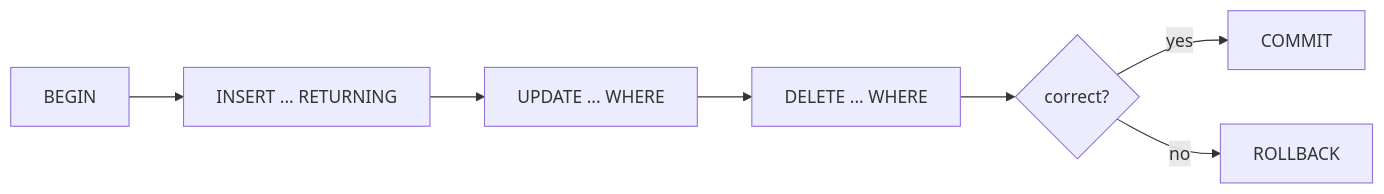
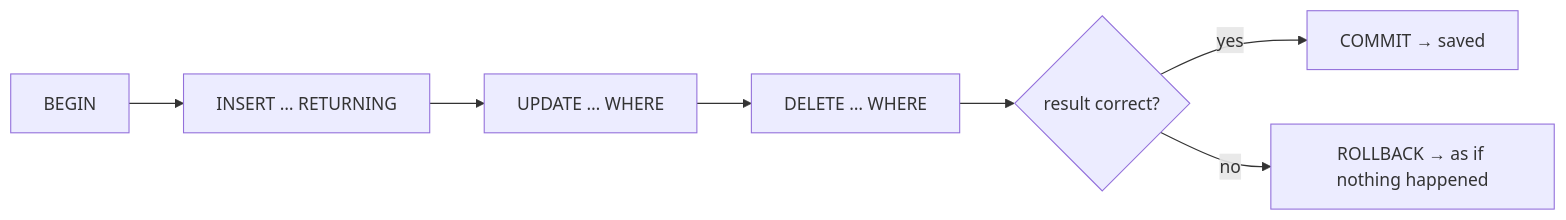
One commit to wesamkhateeb98-creator/postgresql-zero-to-hero changed the first of 2 diagrams in Doc/02-sql-basics/02-crud.md. Above: the diagram before and after it, drawn with Mermaid. The commit also changed other lines of this file and 29 other files, not shown here.

````diff
--- a/Doc/02-sql-basics/02-crud.md
+++ b/Doc/02-sql-basics/02-crud.md
@@ -5,6 +5,6 @@
 ```mermaid
 flowchart LR
-    B["BEGIN"] --> I["INSERT ... RETURNING"] --> U["UPDATE ... WHERE"] --> D["DELETE ... WHERE"] --> C{"correct?"}
-    C -->|"yes"| CM["COMMIT"]
-    C -->|"no"| RB["ROLLBACK"]
+    B["BEGIN"] --> I["INSERT … RETURNING"] --> U["UPDATE … WHERE"] --> D["DELETE … WHERE"] --> C{"result correct?"}
+    C -->|"yes"| CM["COMMIT → saved"]
+    C -->|"no"| RB["ROLLBACK → as if nothing happened"]
 ```
````
